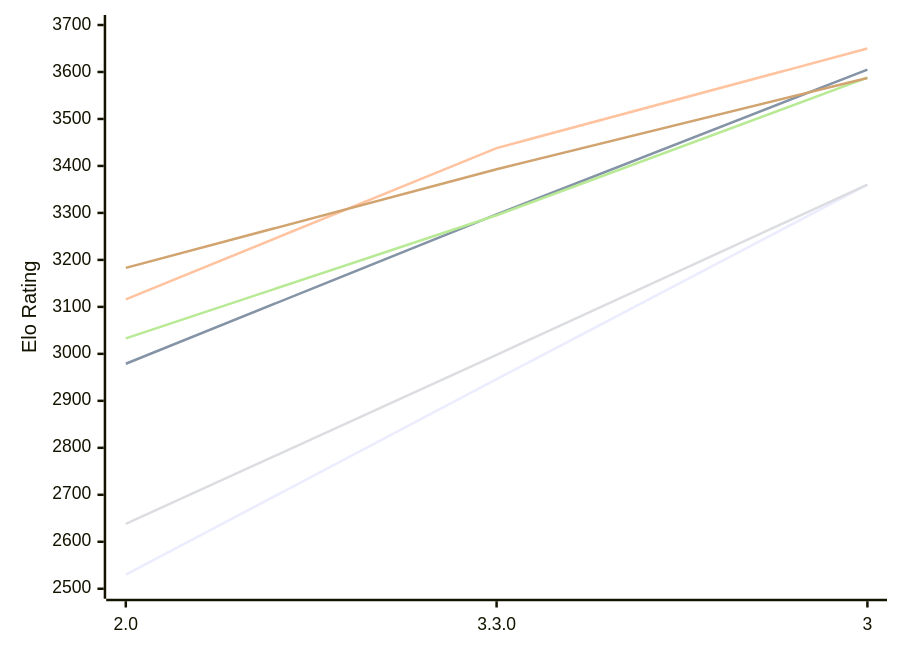
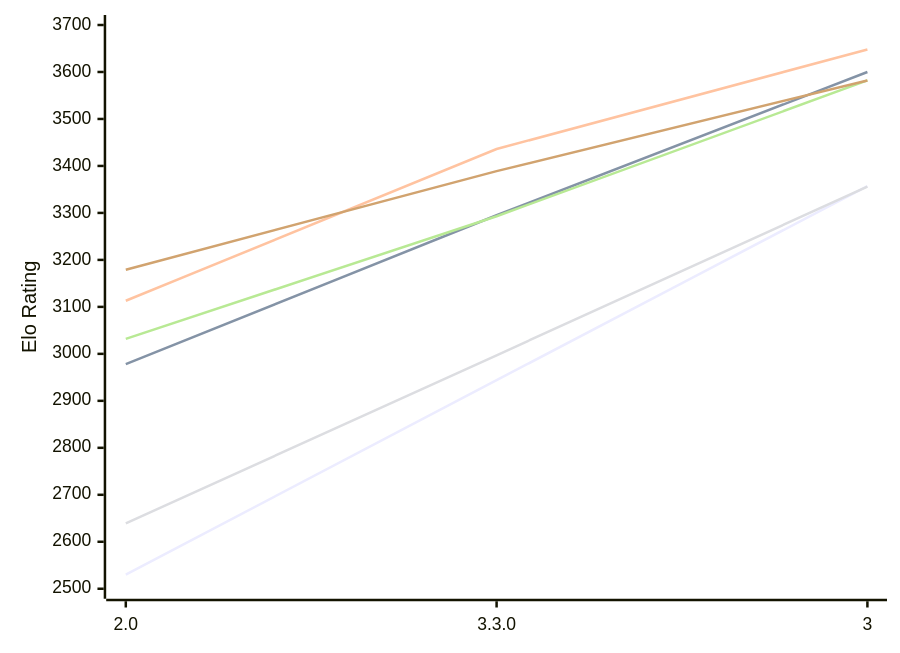
The diagram in engines/Ravager.md (computer-chess-index/cci), drawn with Mermaid before and after one commit. The commit also changed other lines of this file, not shown here.

Commit message:
Update CCI Ratings (ELO VLTC) - 2026-11-19

````diff
--- a/engines/Ravager.md
+++ b/engines/Ravager.md
@@ -51,12 +51,12 @@
 ```mermaid
 %%{init: {"theme":"base","themeVariables":{"seriesColors:['#a3a3a3','#222221','#faa371']}}}%%
 xychart-beta
   x-axis ["2.0", "3.3.0", "3"]
   y-axis "Elo Rating" 2500 --> 3700
-  line "E1: STC (8.0+0.08s)" [2530, 2946, 3360]
-  line "E1: LTC (60.0+0.60s)" [2979, 3297, 3605]
-  line "E1: VLTC (2m24s+1.12s)" [3116, 3438, 3650]
-  line "P1: STC (8.0+0.08s)" [2638, 2998, 3360]
-  line "P1: LTC (60.0+0.60s)" [3033, 3295, 3588]
-  line "P1: VLTC (2m24s+1.12s)" [3183, 3393, 3587]
+  line "E1: STC (8.0+0.08s)" [2530, 2944, 3357]
+  line "E1: LTC (60.0+0.60s)" [2978, 3295, 3600]
+  line "E1: VLTC (2m24s+1.12s)" [3113, 3436, 3648]
+  line "P1: STC (8.0+0.08s)" [2639, 2997, 3356]
+  line "P1: LTC (60.0+0.60s)" [3032, 3293, 3582]
+  line "P1: VLTC (2m24s+1.12s)" [3179, 3389, 3582]
 ```
````
